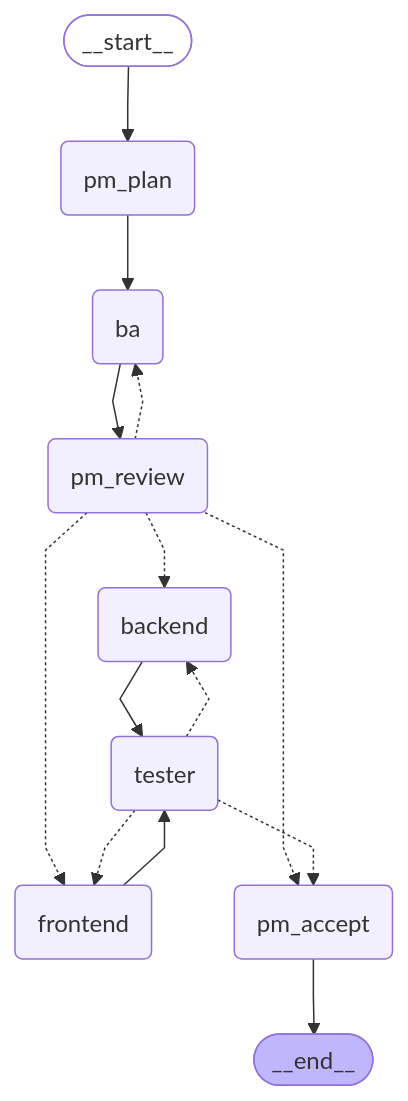
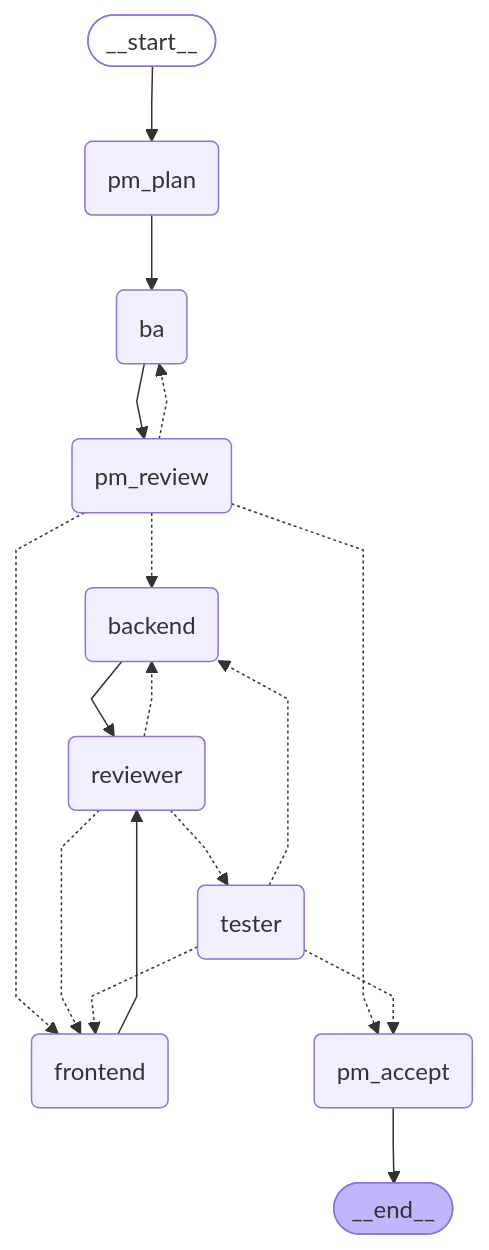
The diagram in docs/graph.mmd (huuvietnguyen72/multi-agent-team), drawn with Mermaid before and after one commit. The commit also changed 20 other files, not shown here.

```diff
--- a/docs/graph.mmd
+++ b/docs/graph.mmd
@@ -1,31 +1,35 @@
 ---
 config:
   flowchart:
     curve: linear
 ---
 graph TD;
 	__start__([<p>__start__</p>]):::first
 	pm_plan(pm_plan)
 	ba(ba)
 	pm_review(pm_review)
 	backend(backend)
 	frontend(frontend)
+	reviewer(reviewer)
 	tester(tester)
 	pm_accept(pm_accept)
 	__end__([<p>__end__</p>]):::last
 	__start__ --> pm_plan;
 	ba --> pm_review;
-	backend --> tester;
-	frontend --> tester;
+	backend --> reviewer;
+	frontend --> reviewer;
 	pm_plan --> ba;
 	pm_review -.-> ba;
 	pm_review -.-> backend;
 	pm_review -.-> frontend;
 	pm_review -.-> pm_accept;
+	reviewer -.-> backend;
+	reviewer -.-> frontend;
+	reviewer -.-> tester;
 	tester -.-> backend;
 	tester -.-> frontend;
 	tester -.-> pm_accept;
 	pm_accept --> __end__;
 	classDef default fill:#f2f0ff,line-height:1.2
 	classDef first fill-opacity:0
 	classDef last fill:#bfb6fc
```
